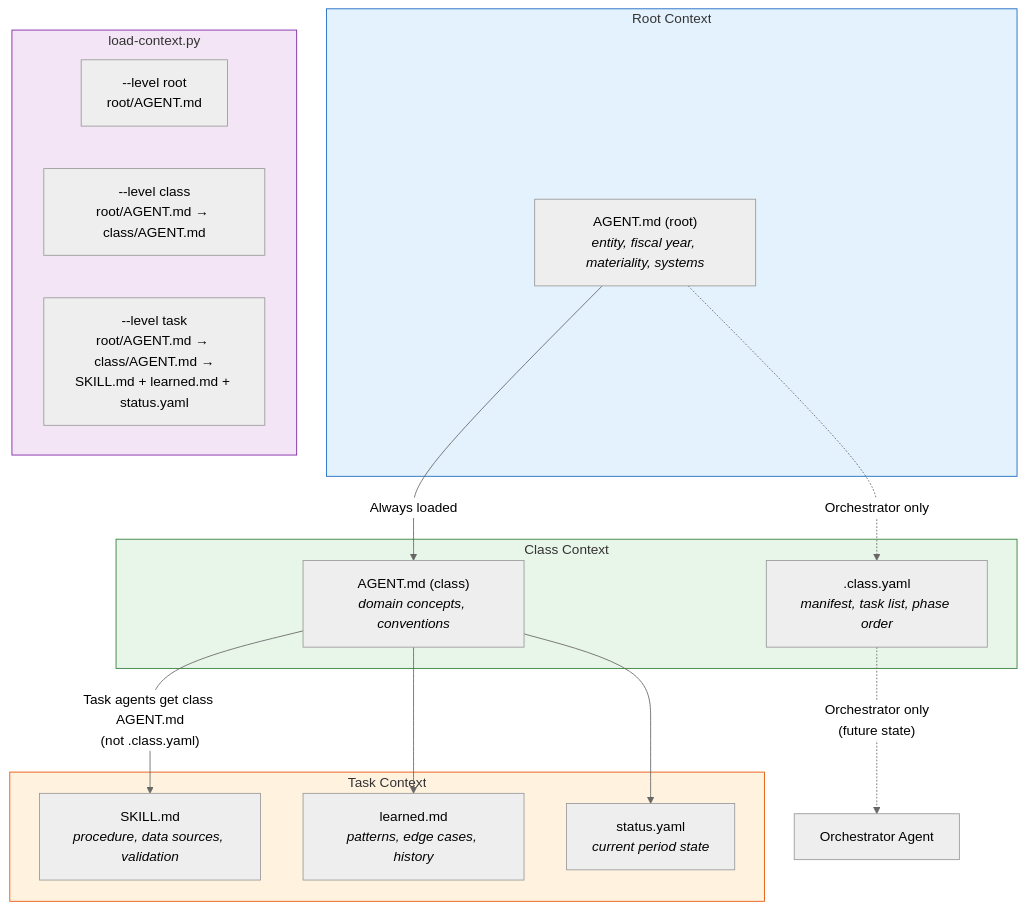
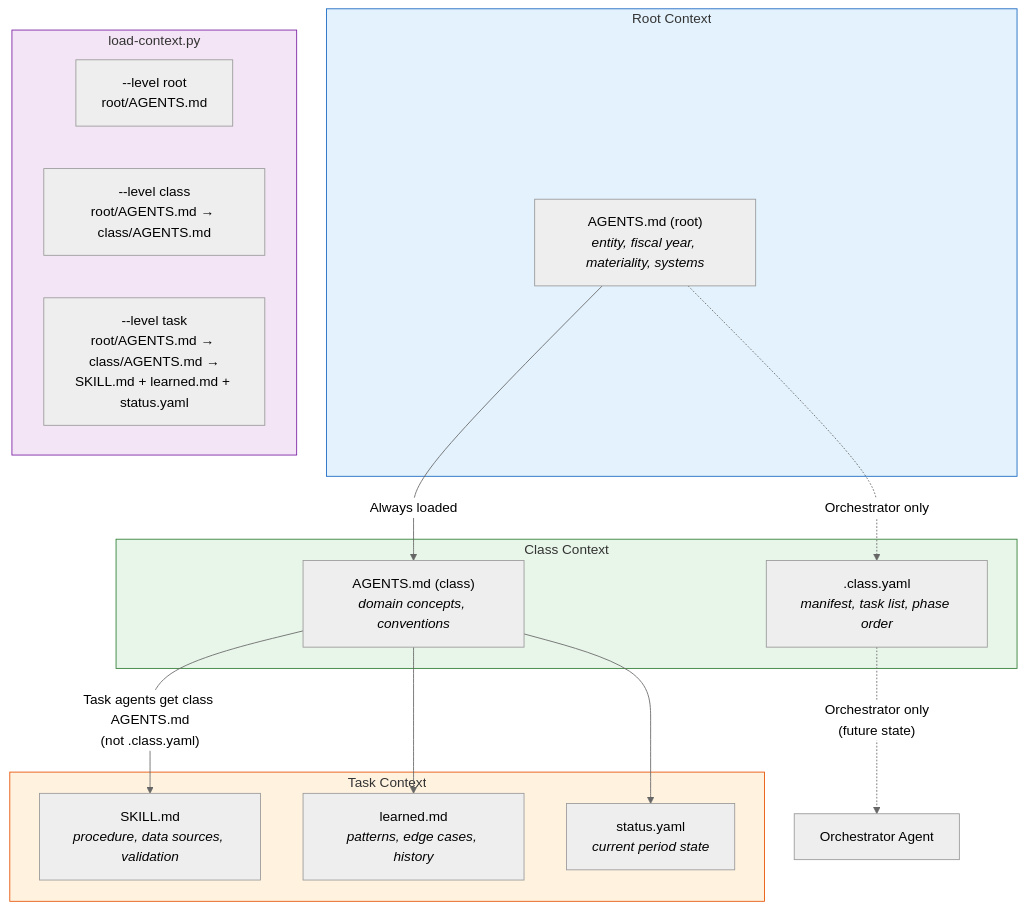
The fourth of 9 diagrams in spec/diagrams.md (TomFoolerrie/cadence), drawn with Mermaid (neutral theme) before and after one commit. The commit also changed other lines of this file and 28 other files, not shown here.

````diff
--- a/spec/diagrams.md
+++ b/spec/diagrams.md
@@ -135,37 +135,37 @@
 ```mermaid
 flowchart TB
     subgraph ROOT_CTX ["Root Context"]
-        ENG["AGENT.md (root)<br/><i>entity, fiscal year, materiality, systems</i>"]
+        ENG["AGENTS.md (root)<br/><i>entity, fiscal year, materiality, systems</i>"]
     end
 
     subgraph CLASS_CTX ["Class Context"]
-        AGENT["AGENT.md (class)<br/><i>domain concepts, conventions</i>"]
+        AGENT["AGENTS.md (class)<br/><i>domain concepts, conventions</i>"]
         CLASSYAML[".class.yaml<br/><i>manifest, task list, phase order</i>"]
     end
 
     subgraph TASK_CTX ["Task Context"]
         SKILL["SKILL.md<br/><i>procedure, data sources, validation</i>"]
         LEARNED["learned.md<br/><i>patterns, edge cases, history</i>"]
         STATUS["status.yaml<br/><i>current period state</i>"]
     end
 
     ENG -->|"Always loaded"| AGENT
     ENG -.->|"Orchestrator only"| CLASSYAML
 
-    AGENT -->|"Task agents get class AGENT.md<br/>(not .class.yaml)"| SKILL
+    AGENT -->|"Task agents get class AGENTS.md<br/>(not .class.yaml)"| SKILL
     AGENT --> LEARNED
     AGENT --> STATUS
 
     CLASSYAML -.->|"Orchestrator only<br/>(future state)"| ORCH["Orchestrator Agent"]
 
     subgraph LOAD ["load-context.py"]
-        LR["--level root<br/>root/AGENT.md"]
-        LC["--level class<br/>root/AGENT.md → class/AGENT.md"]
-        LT["--level task<br/>root/AGENT.md → class/AGENT.md →<br/>SKILL.md + learned.md + status.yaml"]
+        LR["--level root<br/>root/AGENTS.md"]
+        LC["--level class<br/>root/AGENTS.md → class/AGENTS.md"]
+        LT["--level task<br/>root/AGENTS.md → class/AGENTS.md →<br/>SKILL.md + learned.md + status.yaml"]
     end
 
     style ROOT_CTX fill:#e3f2fd,stroke:#1565c0
     style CLASS_CTX fill:#e8f5e9,stroke:#2e7d32
     style TASK_CTX fill:#fff3e0,stroke:#e65100
     style LOAD fill:#f3e5f5,stroke:#7b1fa2
 ```
````
